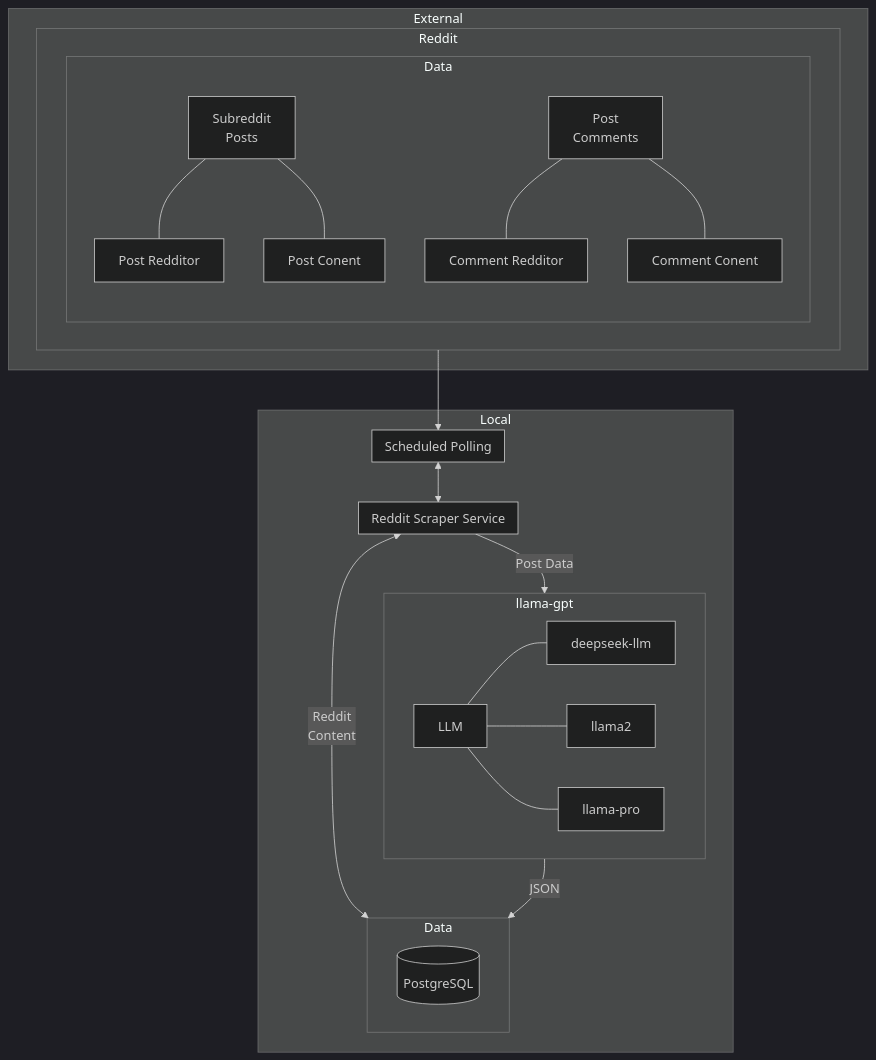
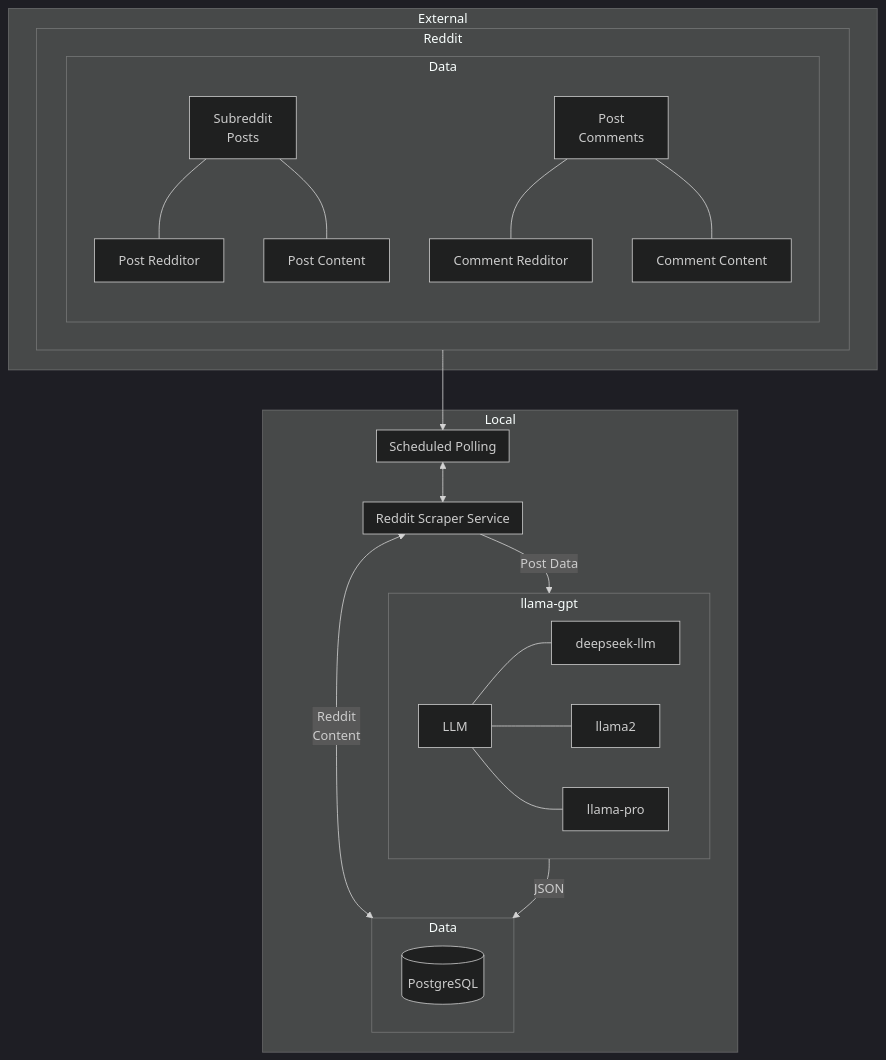
Before and after one commit to ovaisq/python: the diagram in reddit/overview.md, drawn with Mermaid (dark theme). The commit also changed 1 other file, not shown here.

Commit message:
Fixed bug in Analyze function - check for non zero return. Fixed typo in overview.md

````diff
--- a/reddit/overview.md
+++ b/reddit/overview.md
@@ -1,44 +1,44 @@
 ```mermaid
 flowchart TD
 
 subgraph External
 subgraph Reddit
 subgraph RData["Data"]
 A[Subreddit
 Posts]
 B[Post
 Comments]
 C[Post Redditor]
 D[Comment Redditor]
-E[Post Conent]
-F[Comment Conent]
+E[Post Content]
+F[Comment Content]
 A --- C
 B --- D
 A --- E
 B --- F
 end
 end
 end
 subgraph Local
 subgraph Client["Scheduled Polling"]
 end
 subgraph Service["Reddit Scraper Service"]
 end
 subgraph llama-gpt
 llm[LLM]
 llm1[deepseek-llm]
 llm2[llama2]
 llm3[llama-pro]
 llm --- llm1
 llm --- llm2
 llm --- llm3
 end
 subgraph Data
 db[(PostgreSQL)]
 end
 end
 Reddit --> Client <--> Service <--Reddit 
 Content--> Data
 Service --Post Data--> llama-gpt
 llama-gpt --JSON--> Data
 ```
````
